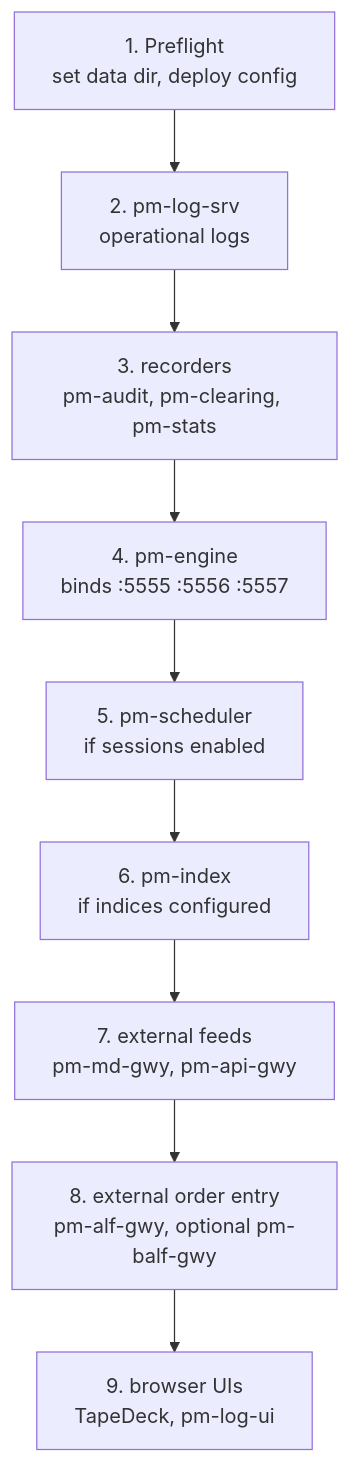
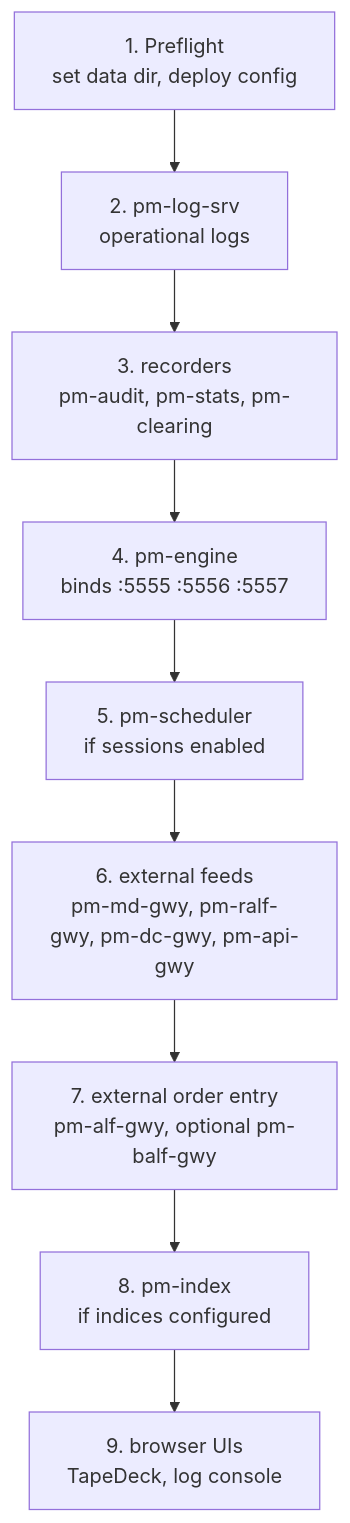
One commit to johan162/EduMatcher changed the diagram in docs/user-guide/040-running-the-exchange.md. Above: the diagram before and after it, drawn with Mermaid. The commit also changed other lines of this file and 7 other files, not shown here.

````diff
--- a/docs/user-guide/040-running-the-exchange.md
+++ b/docs/user-guide/040-running-the-exchange.md
@@ -336,14 +336,14 @@
 ```mermaid
 flowchart TD
     PRE["1. Preflight\nset data dir, deploy config"]
         LOG["2. pm-log-srv\noperational logs"]
-        REC["3. recorders\npm-audit, pm-clearing, pm-stats"]
+        REC["3. recorders\npm-audit, pm-stats, pm-clearing"]
         ENG["4. pm-engine\nbinds :5555 :5556 :5557"]
         SCHED["5. pm-scheduler\nif sessions enabled"]
-        IDX["6. pm-index\nif indices configured"]
-        FEEDS["7. external feeds\npm-md-gwy, pm-api-gwy"]
-        ENTRY["8. external order entry\npm-alf-gwy, optional pm-balf-gwy"]
-        UI["9. browser UIs\nTapeDeck, pm-log-ui"]
+        FEEDS["6. external feeds\npm-md-gwy, pm-ralf-gwy, pm-dc-gwy, pm-api-gwy"]
+        ENTRY["7. external order entry\npm-alf-gwy, optional pm-balf-gwy"]
+        IDX["8. pm-index\nif indices configured"]
+        UI["9. browser UIs\nTapeDeck, log console"]
 
-        PRE --> LOG --> REC --> ENG --> SCHED --> IDX --> FEEDS --> ENTRY --> UI
+        PRE --> LOG --> REC --> ENG --> SCHED --> FEEDS --> ENTRY --> IDX --> UI
 ```
````
